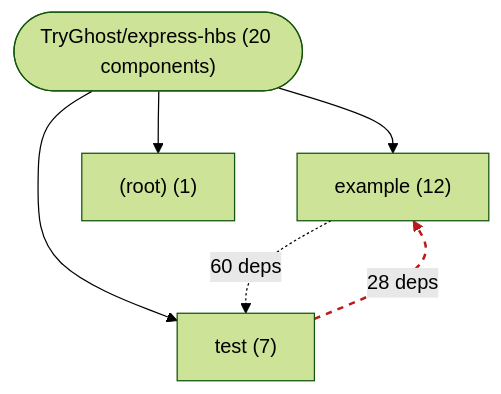
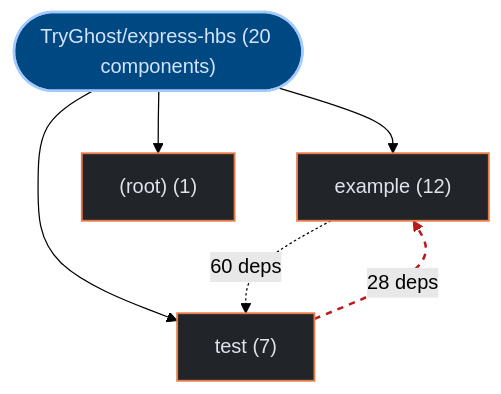
Before and after one commit to kumarshaz/atruss-code-atlas: the first of 2 diagrams in exports/latest/reports/TryGhost-express-hbs-report.md, drawn with Mermaid (forest theme). The commit also changed other lines of this file and 331 other files, not shown here.

Commit message:
docs,ui,fix: update SDLC docs, reorder CI/CD DAG first, stylize Mermaid, and fix Arc42 pipeline topology

````diff
--- a/exports/latest/reports/TryGhost-express-hbs-report.md
+++ b/exports/latest/reports/TryGhost-express-hbs-report.md
@@ -42,13 +42,20 @@
 ```mermaid
 graph TD;
-    repo_root(["TryGhost/express-hbs (20 components)"])
-    dir_0_example["example (12)"]
+  classDef atlasRoot fill:#004882,stroke:#a3c9ff,stroke-width:2px,color:#d3e4ff
+  classDef atlasCategory fill:#212428,stroke:#E87A48,stroke-width:1.5px,color:#dfe3eb
+  classDef atlasWorkflow fill:#1b2026,stroke:#a3c9ff,stroke-width:1.5px,color:#dfe3eb
+  classDef atlasJob fill:#171c22,stroke:#8d9199,stroke-width:1px,color:#dfe3eb
+  classDef atlasTarget fill:#005227,stroke:#8bd99b,stroke-width:1.5px,color:#a7f6b6
+  classDef atlasAlert fill:#93000a,stroke:#ffb4ab,stroke-width:1.5px,color:#ffdad6
+  classDef atlasMore fill:#252a31,stroke:#8d9199,stroke-dasharray:4 4,color:#c3c6cf
+    repo_root(["TryGhost/express-hbs (20 components)"]):::atlasRoot
+    dir_0_example["example (12)"]:::atlasCategory
     repo_root --> dir_0_example
-    dir_1_test["test (7)"]
+    dir_1_test["test (7)"]:::atlasCategory
     repo_root --> dir_1_test
-    dir_2__root_["(root) (1)"]
+    dir_2__root_["(root) (1)"]:::atlasCategory
     repo_root --> dir_2__root_
     dir_0_example -.->|"60 deps"| dir_1_test
     dir_1_test -.->|"28 deps"| dir_0_example
     linkStyle 4 stroke:#ba1a1a,stroke-width:2px,stroke-dasharray: 5 5
 ```
````
